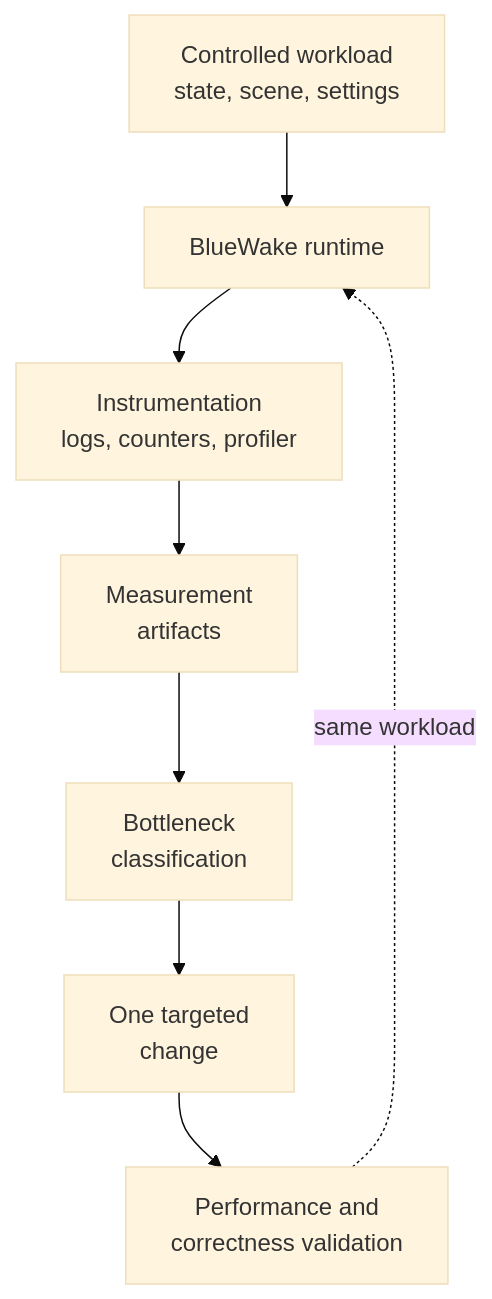
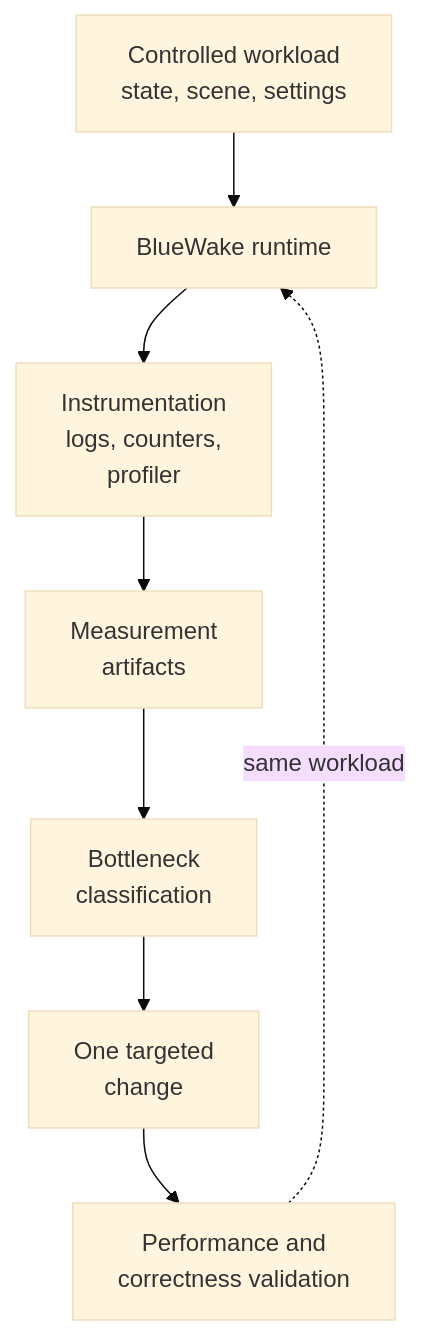
The first of 6 diagrams in docs/performance/Overview.md (Aelbannan/boat_of_daphnes), drawn with Mermaid (base theme) before and after one commit. The commit also changed other lines of this file and 7 other files, not shown here.

Commit message:
Wrap Mermaid diagram labels

````diff
--- a/docs/performance/Overview.md
+++ b/docs/performance/Overview.md
@@ -60,20 +60,21 @@
 ```mermaid
 flowchart TD
     Workload["`Controlled workload
 state, scene, settings`"]
     Runtime["BlueWake runtime"]
     Measure["`Instrumentation
-logs, counters, profiler`"]
+logs, counters,
+profiler`"]
     Evidence["`Measurement
 artifacts`"]
     Diagnose["`Bottleneck
 classification`"]
     Change["`One targeted
 change`"]
     Validate["`Performance and
 correctness validation`"]
 
     Workload --> Runtime --> Measure --> Evidence
     Evidence --> Diagnose --> Change --> Validate
     Validate -. "same workload" .-> Runtime
 ```
````
